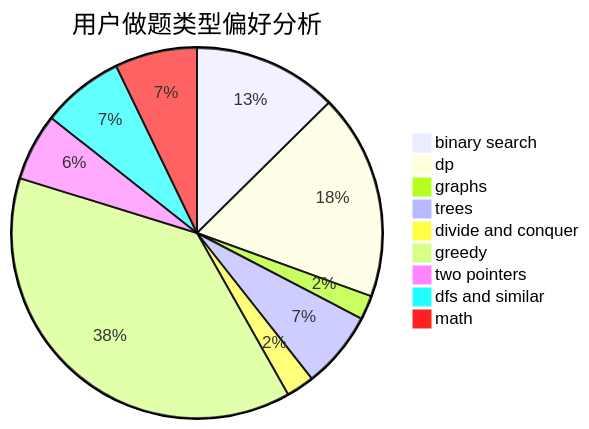
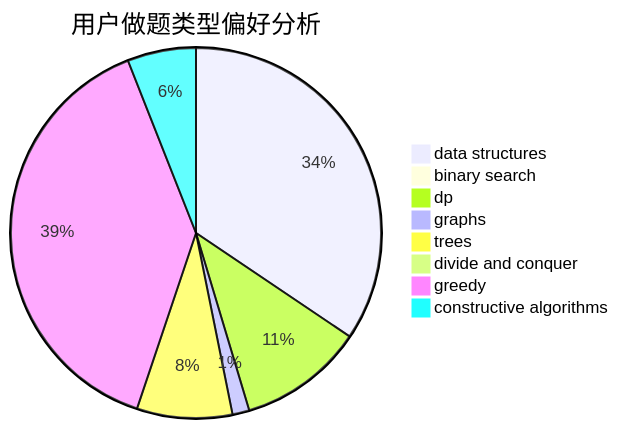
One commit to sherpahu/cfrs.github.io changed the second of 3 diagrams in docs/user/u1660.md. Above: the diagram before and after it, drawn with Mermaid. The commit also changed other lines of this file and 2775 other files, not shown here.

````diff
--- a/docs/user/u1660.md
+++ b/docs/user/u1660.md
@@ -23,12 +23,11 @@
 ```mermaid
 pie title 用户做题类型偏好分析
-    "binary search" :  221
-    "dp" :  315
-    "graphs" :  37
-    "trees" :  118
-    "divide and conquer" :  43
-    "greedy" :  666
-    "two pointers" :  103
-    "dfs and similar" :  126
-    "math" :  126
+    "data structures" :  397
+    "binary search" :  9
+    "dp" :  126
+    "graphs" :  17
+    "trees" :  96
+    "divide and conquer" :  0
+    "greedy" :  448
+    "constructive algorithms" :  69
 ```
````
